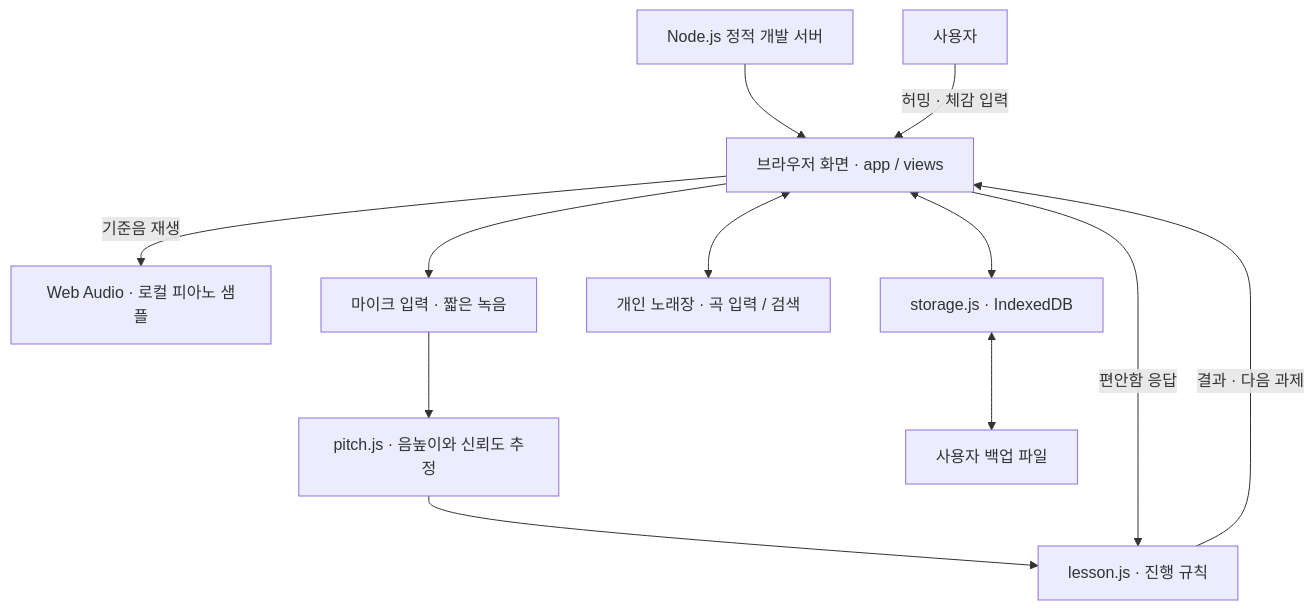
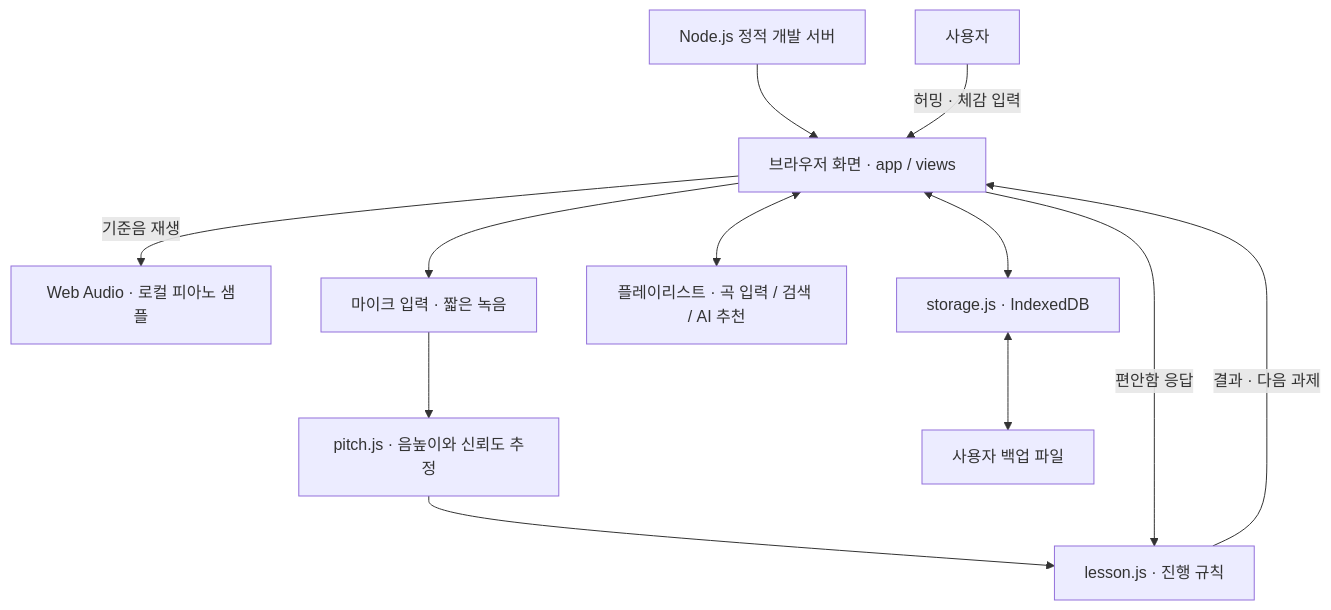
The first of 2 diagrams in docs/architecture.md (Yoonsung-kor/SING), drawn with Mermaid before and after one commit. The commit also changed other lines of this file and 7 other files, not shown here.

````diff
--- a/docs/architecture.md
+++ b/docs/architecture.md
@@ -7,14 +7,14 @@
 ```mermaid
 flowchart TD
     Static[Node.js 정적 개발 서버] --> UI[브라우저 화면 · app / views]
     User[사용자] -->|허밍 · 체감 입력| UI
     UI -->|기준음 재생| Piano[Web Audio · 로컬 피아노 샘플]
     UI --> Capture[마이크 입력 · 짧은 녹음]
     Capture --> Pitch[pitch.js · 음높이와 신뢰도 추정]
     Pitch --> Lesson[lesson.js · 진행 규칙]
     UI -->|편안함 응답| Lesson
     Lesson -->|결과 · 다음 과제| UI
-    UI <--> Songs[개인 노래장 · 곡 입력 / 검색]
+    UI <--> Songs[플레이리스트 · 곡 입력 / 검색 / AI 추천]
     UI <--> Store[storage.js · IndexedDB]
     Store <--> Backup[사용자 백업 파일]
 ```
````
